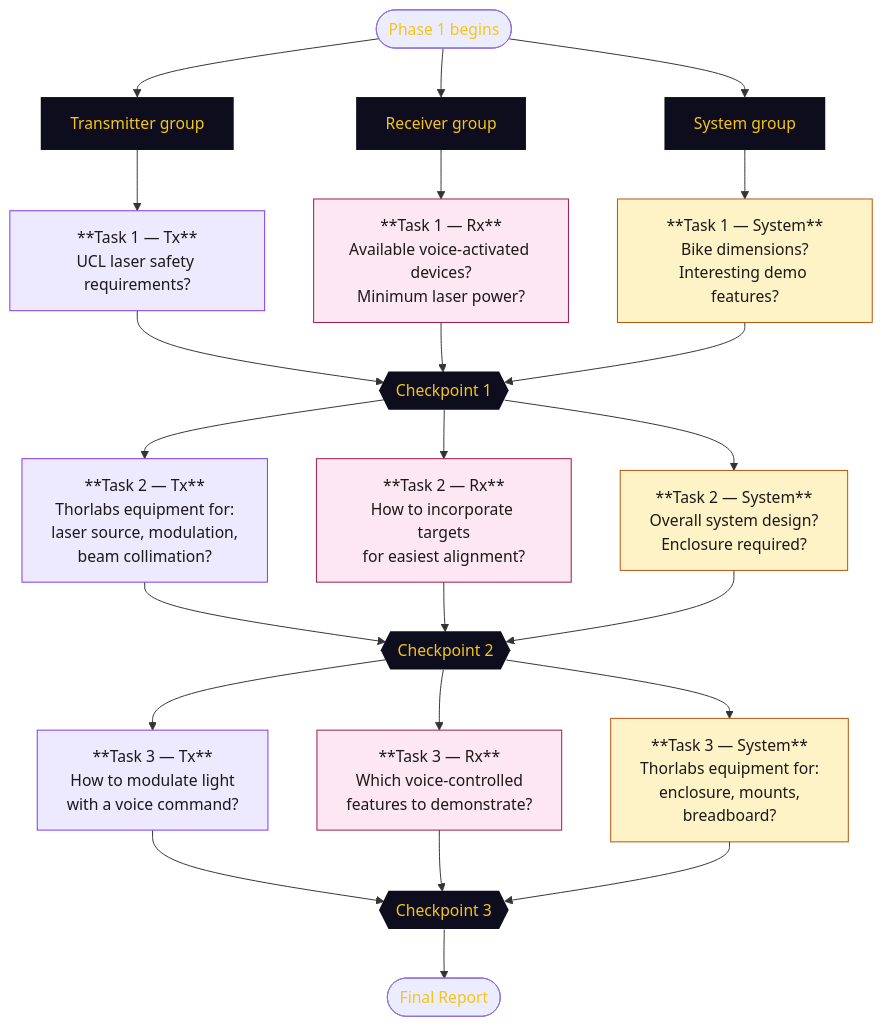
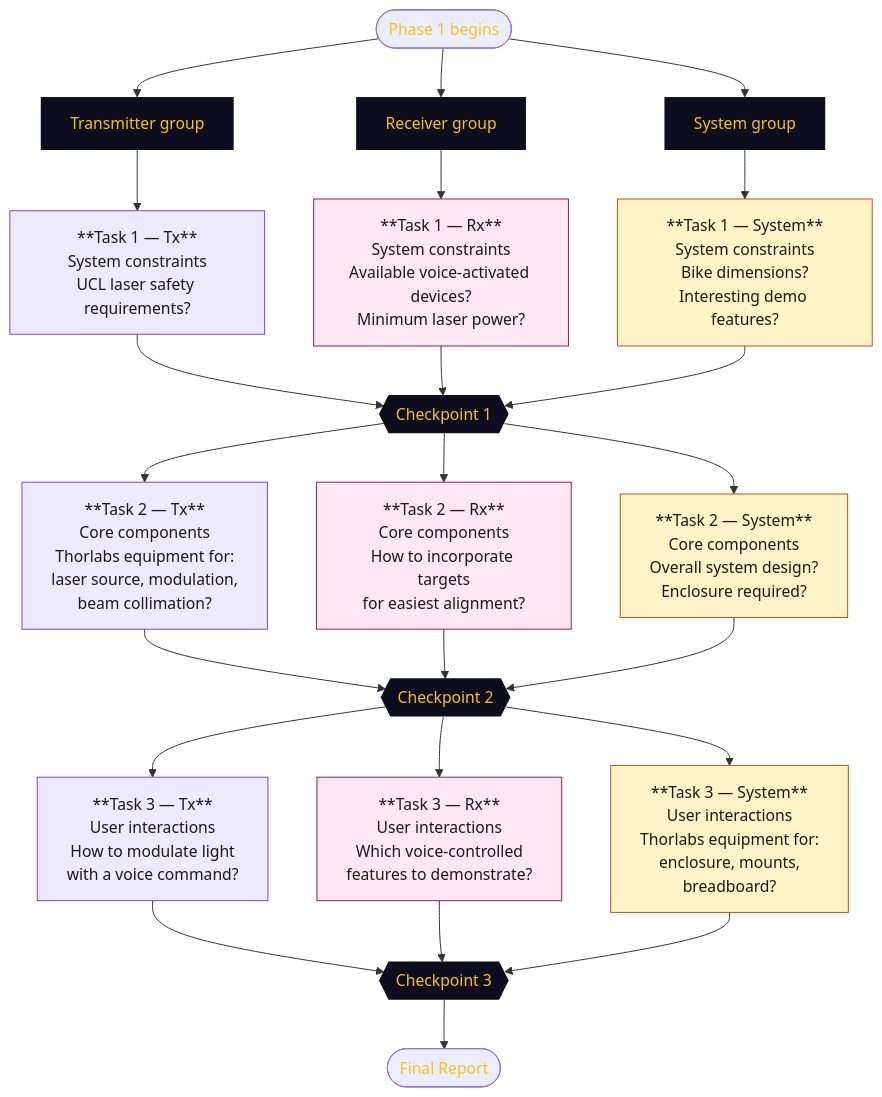
Before and after one commit to UCL-Photonics-Society/UCLightcommands: the first of 2 diagrams in docs/phase1/tasks.md, drawn with Mermaid.

Commit message:
docs: update task and groups diagram

````diff
--- a/docs/phase1/tasks.md
+++ b/docs/phase1/tasks.md
@@ -8,73 +8,82 @@
 ```mermaid
 flowchart TD
     Start([Phase 1 begins]) --> Tx & Rx & Sys
 
     Tx[Transmitter group]:::label
     Rx[Receiver group]:::label
     Sys[System group]:::label
 
     Tx --> T1_Tx
     Rx --> T1_Rx
     Sys --> T1_Sys
 
     T1_Tx["**Task 1 — Tx**
+System constraints
 UCL laser safety requirements?"]:::tx
 
     T1_Rx["**Task 1 — Rx**
+System constraints
 Available voice-activated devices?
 Minimum laser power?"]:::rx
 
     T1_Sys["**Task 1 — System**
+System constraints
 Bike dimensions?
 Interesting demo features?"]:::sys
 
     T1_Tx & T1_Rx & T1_Sys --> CP1
 
     CP1{{"Checkpoint 1"}}:::cp
 
     CP1 --> T2_Tx & T2_Rx & T2_Sys
 
     T2_Tx["**Task 2 — Tx**
+Core components
 Thorlabs equipment for:
 laser source, modulation,
 beam collimation?"]:::tx
 
     T2_Rx["**Task 2 — Rx**
+Core components
 How to incorporate targets
 for easiest alignment?"]:::rx
 
     T2_Sys["**Task 2 — System**
+Core components
 Overall system design?
 Enclosure required?"]:::sys
 
     T2_Tx & T2_Rx & T2_Sys --> CP2
 
     CP2{{"Checkpoint 2"}}:::cp
 
     CP2 --> T3_Tx & T3_Rx & T3_Sys
 
     T3_Tx["**Task 3 — Tx**
+User interactions
 How to modulate light
 with a voice command?"]:::tx
 
     T3_Rx["**Task 3 — Rx**
+User interactions
 Which voice-controlled
 features to demonstrate?"]:::rx
 
     T3_Sys["**Task 3 — System**
+User interactions
 Thorlabs equipment for:
 enclosure, mounts,
 breadboard?"]:::sys
 
     T3_Tx & T3_Rx & T3_Sys --> CP3
 
     CP3{{"Checkpoint 3"}}:::cp
 
     CP3 --> Report([Final Report])
 
     classDef label fill:#0d0d1e,color:#f5c518,stroke:none
     classDef tx   fill:#ede9fe,color:#1c1917,stroke:#7c3aed,stroke-width:1px
     classDef rx   fill:#fce7f3,color:#1c1917,stroke:#9d174d,stroke-width:1px
     classDef sys  fill:#fef3c7,color:#1c1917,stroke:#b45309,stroke-width:1px
     classDef cp   fill:#0d0d1e,color:#f5c518,stroke:none
 ```
````
